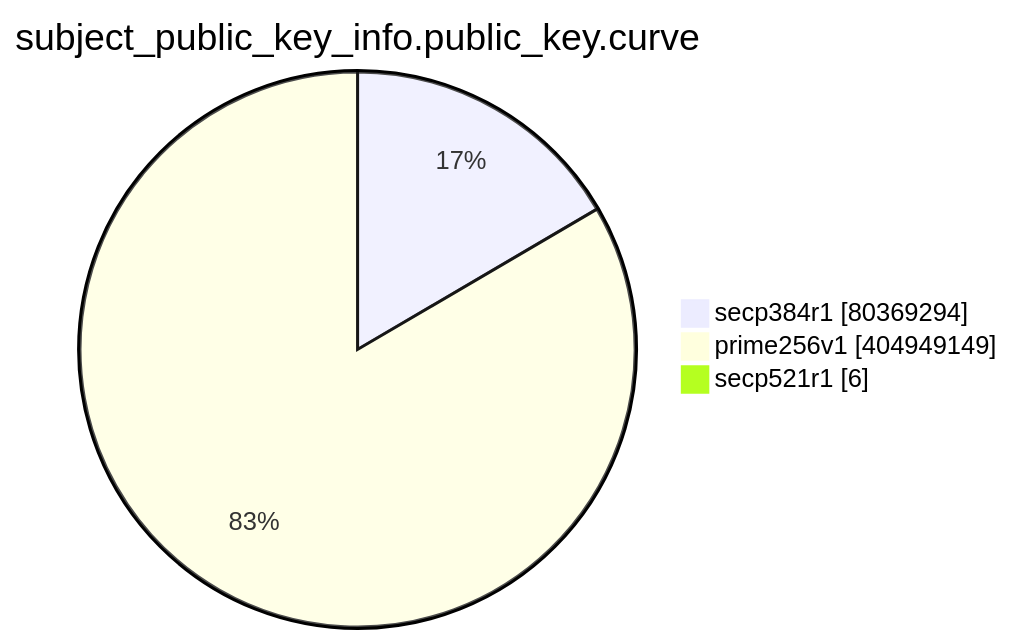
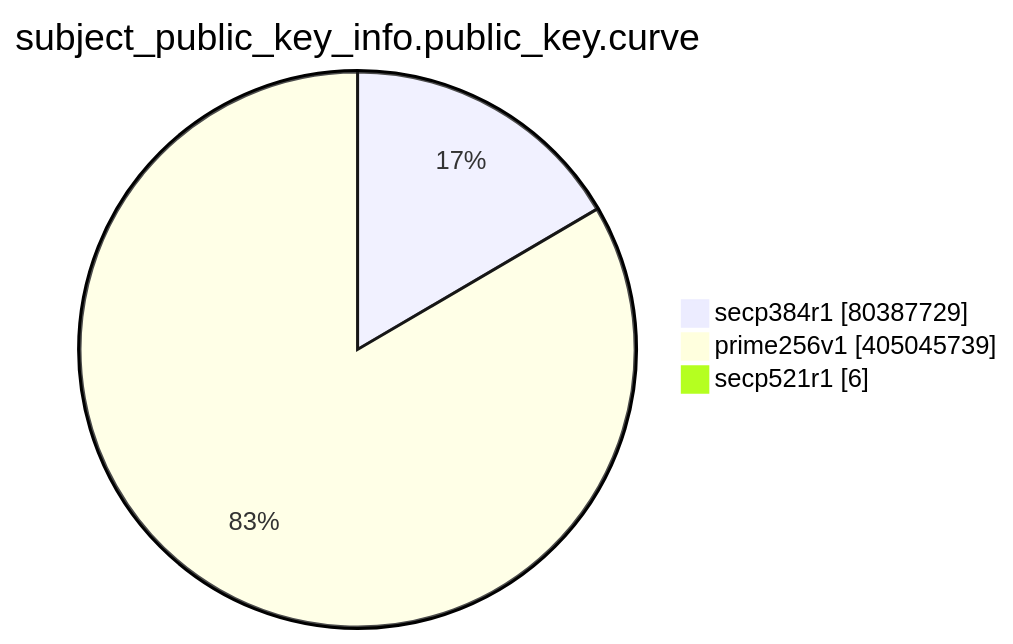
One commit to christiankrug/ctmonitor_visualization changed the eighth of 15 diagrams in TOTAL/README.md. Above: the diagram before and after it, drawn with Mermaid. The commit also changed other lines of this file, not shown here.

````diff
--- a/TOTAL/README.md
+++ b/TOTAL/README.md
@@ -3095,7 +3095,7 @@
 ```mermaid
 pie showData
 title subject_public_key_info.public_key.curve
-"secp384r1" :80369294
-"prime256v1" :404949149
+"secp384r1" :80387729
+"prime256v1" :405045739
 "secp521r1" :6
 ```
````
